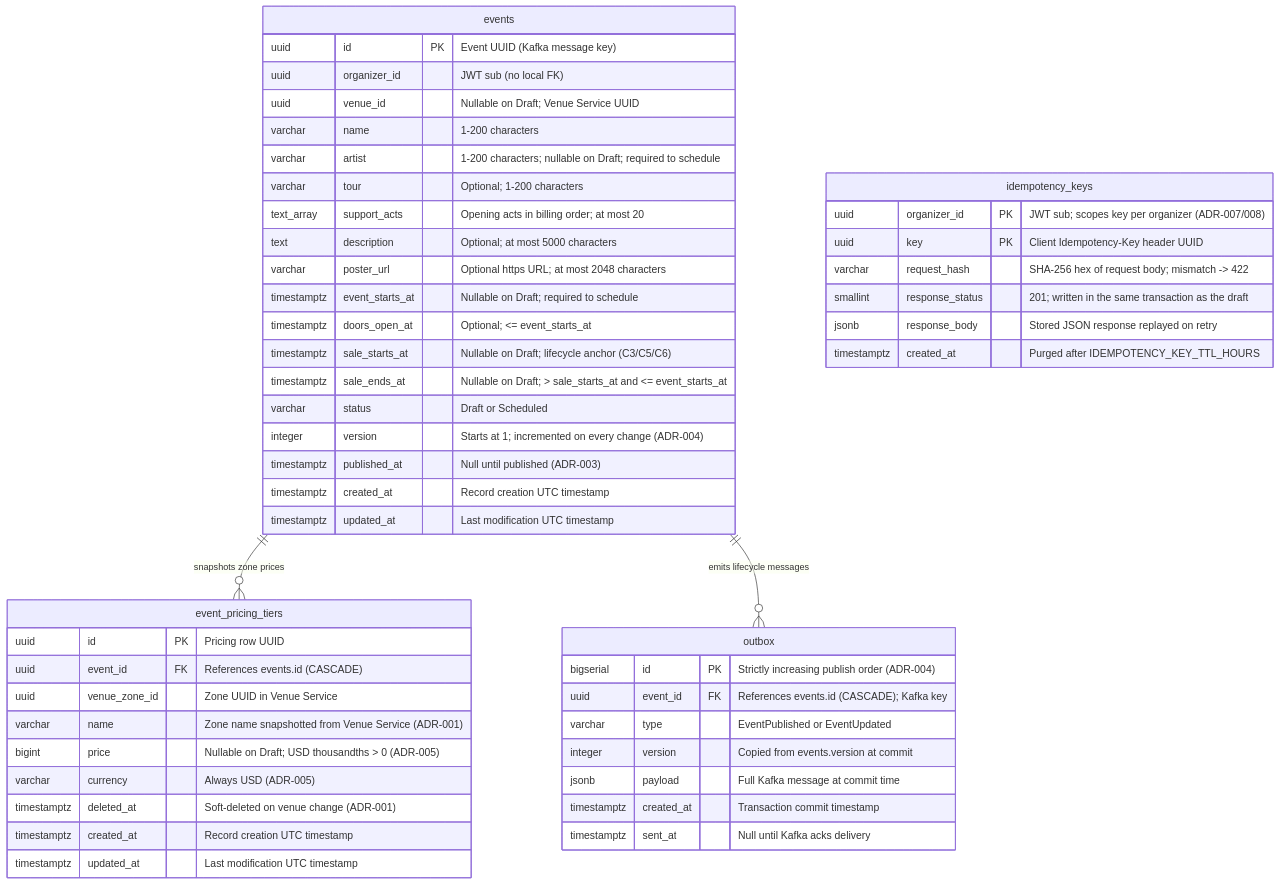
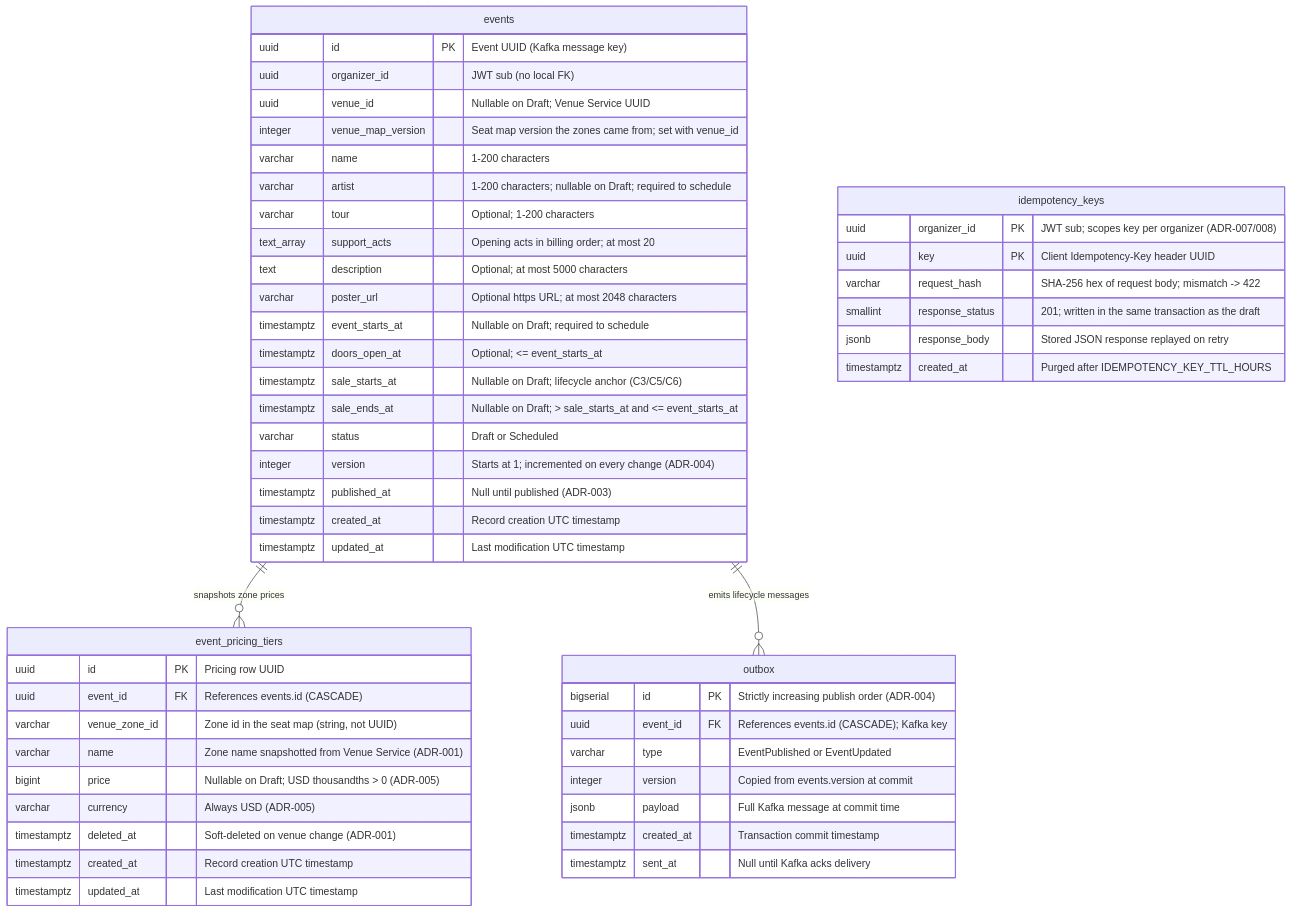
The diagram in docs/architecture/data-model.md (hjanssena/dsaster-event-management), drawn with Mermaid before and after one commit. The commit also changed other lines of this file and 6 other files, not shown here.

First line of the commit message:
docs(NA): align the Venue Service contract with versioned seat maps

````diff
--- a/docs/architecture/data-model.md
+++ b/docs/architecture/data-model.md
@@ -21,57 +21,58 @@
 ```mermaid
 erDiagram
     events ||--o{ event_pricing_tiers : "snapshots zone prices"
     events ||--o{ outbox : "emits lifecycle messages"
 
     events {
         uuid id PK "Event UUID (Kafka message key)"
         uuid organizer_id "JWT sub (no local FK)"
         uuid venue_id "Nullable on Draft; Venue Service UUID"
+        integer venue_map_version "Seat map version the zones came from; set with venue_id"
         varchar name "1-200 characters"
         varchar artist "1-200 characters; nullable on Draft; required to schedule"
         varchar tour "Optional; 1-200 characters"
         text_array support_acts "Opening acts in billing order; at most 20"
         text description "Optional; at most 5000 characters"
         varchar poster_url "Optional https URL; at most 2048 characters"
         timestamptz event_starts_at "Nullable on Draft; required to schedule"
         timestamptz doors_open_at "Optional; <= event_starts_at"
         timestamptz sale_starts_at "Nullable on Draft; lifecycle anchor (C3/C5/C6)"
         timestamptz sale_ends_at "Nullable on Draft; > sale_starts_at and <= event_starts_at"
         varchar status "Draft or Scheduled"
         integer version "Starts at 1; incremented on every change (ADR-004)"
         timestamptz published_at "Null until published (ADR-003)"
         timestamptz created_at "Record creation UTC timestamp"
         timestamptz updated_at "Last modification UTC timestamp"
     }
 
     event_pricing_tiers {
         uuid id PK "Pricing row UUID"
         uuid event_id FK "References events.id (CASCADE)"
-        uuid venue_zone_id "Zone UUID in Venue Service"
+        varchar venue_zone_id "Zone id in the seat map (string, not UUID)"
         varchar name "Zone name snapshotted from Venue Service (ADR-001)"
         bigint price "Nullable on Draft; USD thousandths > 0 (ADR-005)"
         varchar currency "Always USD (ADR-005)"
         timestamptz deleted_at "Soft-deleted on venue change (ADR-001)"
         timestamptz created_at "Record creation UTC timestamp"
         timestamptz updated_at "Last modification UTC timestamp"
     }
 
     outbox {
         bigserial id PK "Strictly increasing publish order (ADR-004)"
         uuid event_id FK "References events.id (CASCADE); Kafka key"
         varchar type "EventPublished or EventUpdated"
         integer version "Copied from events.version at commit"
         jsonb payload "Full Kafka message at commit time"
         timestamptz created_at "Transaction commit timestamp"
         timestamptz sent_at "Null until Kafka acks delivery"
     }
 
     idempotency_keys {
         uuid organizer_id PK "JWT sub; scopes key per organizer (ADR-007/008)"
         uuid key PK "Client Idempotency-Key header UUID"
         varchar request_hash "SHA-256 hex of request body; mismatch -> 422"
         smallint response_status "201; written in the same transaction as the draft"
         jsonb response_body "Stored JSON response replayed on retry"
         timestamptz created_at "Purged after IDEMPOTENCY_KEY_TTL_HOURS"
     }
 ```
````
